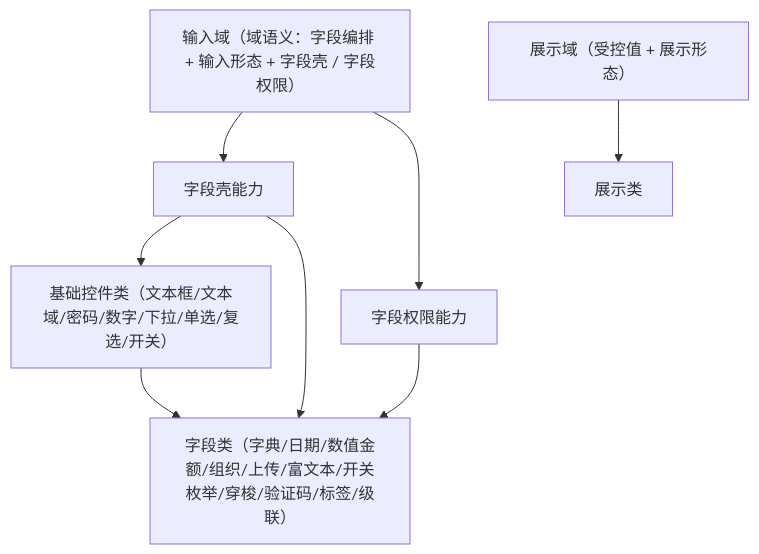
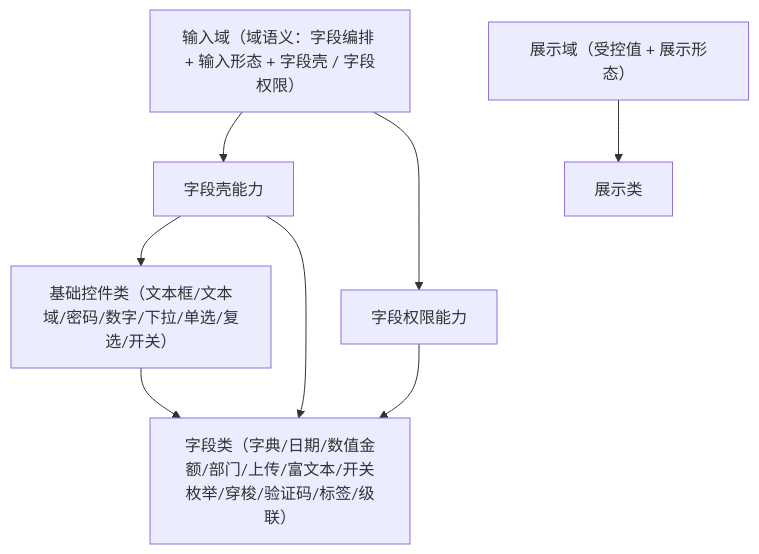
The diagram in bms文档/设计/组件设计/02_基础组件类/03_域基类/01_组件设计_输入域基类/01_组件设计_输入域基类.md (minjian123/basic-management-system), drawn with Mermaid before and after one commit. The commit also changed other lines of this file and 501 other files, not shown here.

````diff
--- a/bms文档/设计/组件设计/02_基础组件类/03_域基类/01_组件设计_输入域基类/01_组件设计_输入域基类.md
+++ b/bms文档/设计/组件设计/02_基础组件类/03_域基类/01_组件设计_输入域基类/01_组件设计_输入域基类.md
@@ -16,10 +16,10 @@
 ```mermaid
 flowchart TD
     B["输入域（域语义：字段编排 + 输入形态 + 字段壳 / 字段权限）"] --> W["字段壳能力"]
     B --> P["字段权限能力"]
     W --> C["基础控件类（文本框/文本域/密码/数字/下拉/单选/复选/开关）"]
-    C --> F["字段类（字典/日期/数值金额/组织/上传/富文本/开关枚举/穿梭/验证码/标签/级联）"]
+    C --> F["字段类（字典/日期/数值金额/部门/上传/富文本/开关枚举/穿梭/验证码/标签/级联）"]
     P --> F
     W --> F
     D["展示域（受控值 + 展示形态）"] --> G["展示类"]
 ```
````
